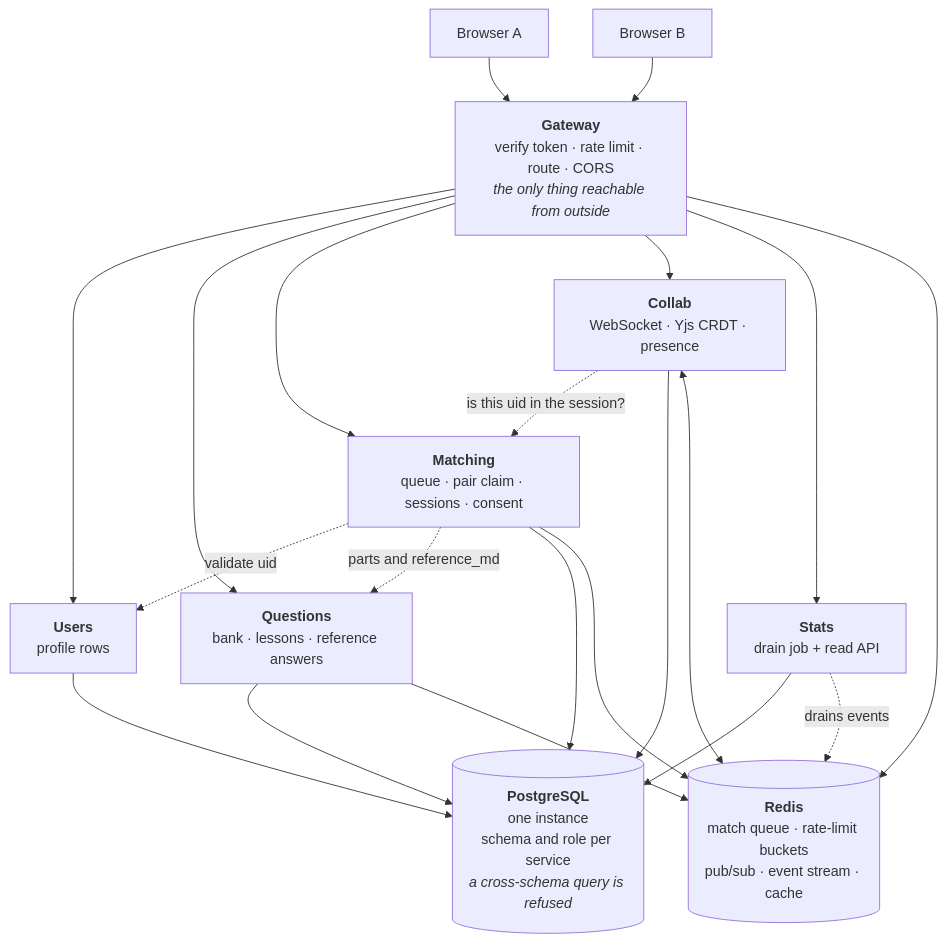
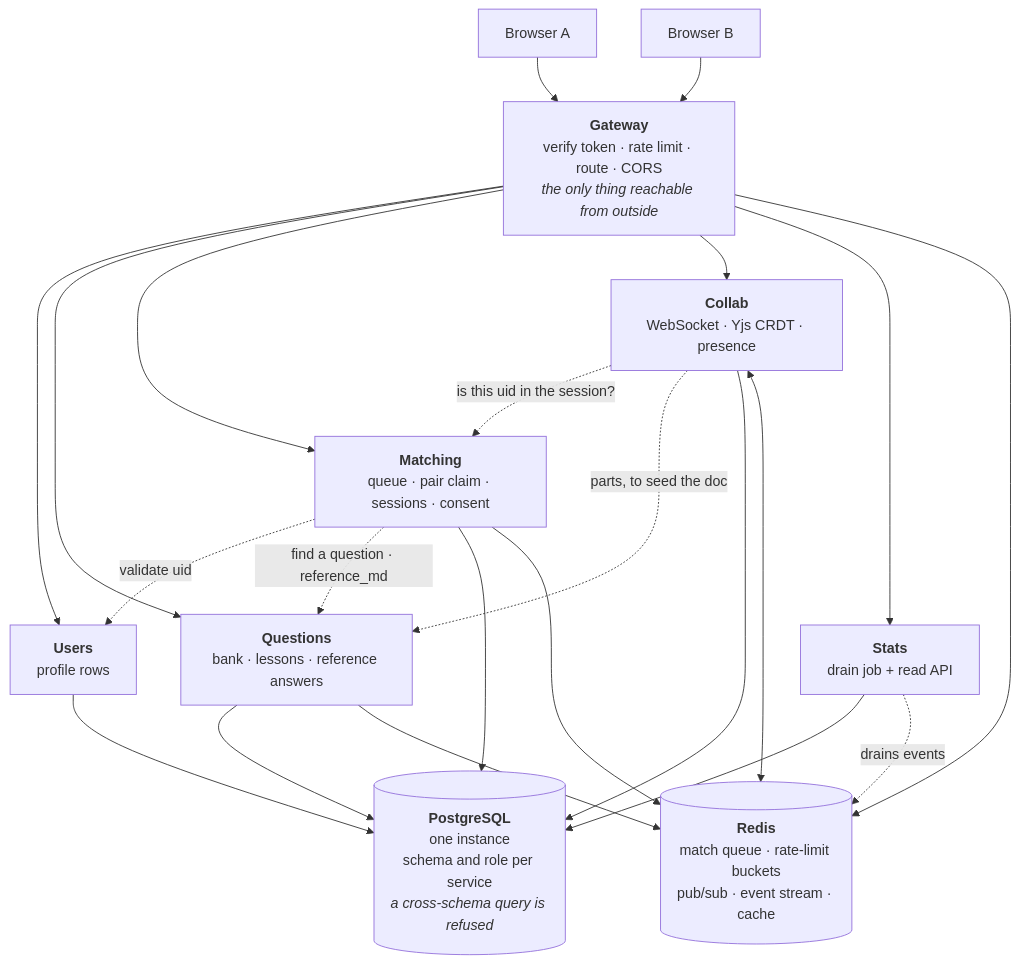
One commit to Wnayar/deepcs changed the first of 2 diagrams in docs/learning/explaining-it.md. Above: the diagram before and after it, drawn with Mermaid. The commit also changed other lines of this file, not shown here.

Commit message:
Correct the join-to-collab sequence against the code

````diff
--- a/docs/learning/explaining-it.md
+++ b/docs/learning/explaining-it.md
@@ -90,32 +90,33 @@
 ```mermaid
 flowchart TD
     A["Browser A"] --> GW
     B["Browser B"] --> GW
 
     GW["<b>Gateway</b><br/>verify token · rate limit · route · CORS<br/><i>the only thing reachable from outside</i>"]
 
     GW --> USR["<b>Users</b><br/>profile rows"]
     GW --> QST["<b>Questions</b><br/>bank · lessons · reference answers"]
     GW --> MCH["<b>Matching</b><br/>queue · pair claim · sessions · consent"]
     GW --> COL["<b>Collab</b><br/>WebSocket · Yjs CRDT · presence"]
     GW --> STA["<b>Stats</b><br/>drain job + read API"]
 
     MCH -.->|"validate uid"| USR
-    MCH -.->|"parts and reference_md"| QST
+    MCH -.->|"find a question · reference_md"| QST
     COL -.->|"is this uid in the session?"| MCH
+    COL -.->|"parts, to seed the doc"| QST
 
     USR --> PG
     QST --> PG
     MCH --> PG
     COL --> PG
     STA --> PG
 
     GW --> RD
     QST --> RD
     MCH --> RD
     COL <--> RD
     STA -.->|"drains events"| RD
 
     PG[("<b>PostgreSQL</b><br/>one instance<br/>schema and role per service<br/><i>a cross-schema query is refused</i>")]
     RD[("<b>Redis</b><br/>match queue · rate-limit buckets<br/>pub/sub · event stream · cache")]
 ```
````
